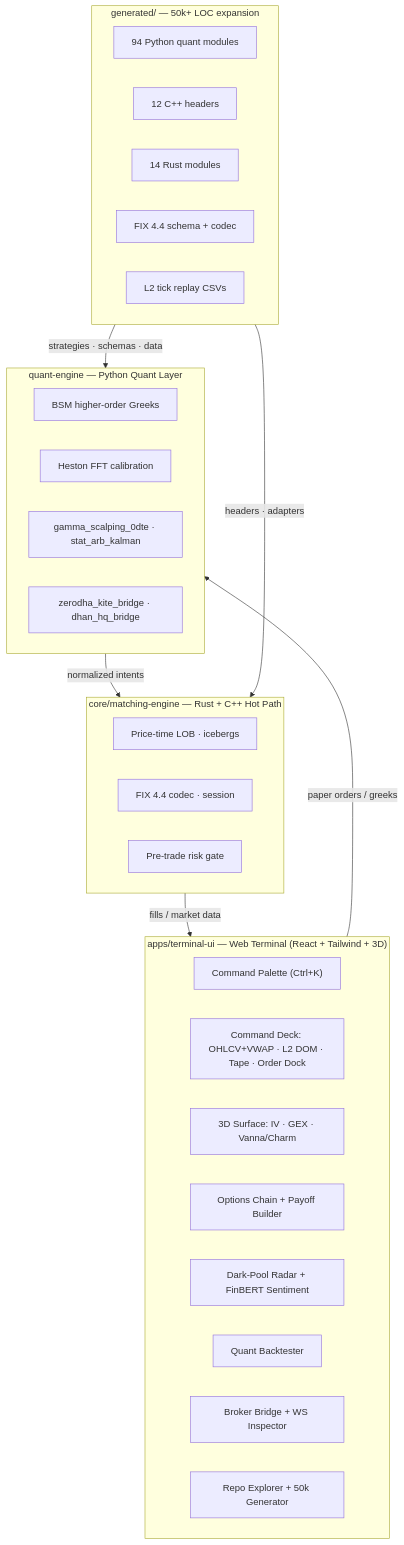
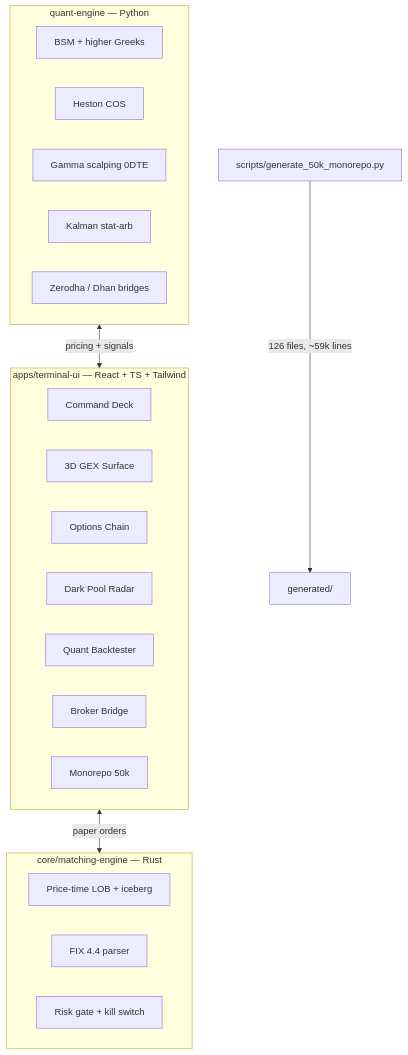
The diagram in README.md (Thegreatprabh/Open-Aladdin), drawn with Mermaid before and after one commit. The commit also changed other lines of this file and 12 other files, not shown here.

````diff
--- a/README.md
+++ b/README.md
@@ -46,37 +352,27 @@
 ```mermaid
 flowchart TB
-    subgraph UI["apps/terminal-ui — Web Terminal (React + Tailwind + 3D)"]
-        PAL["Command Palette (Ctrl+K)"]
-        DECK["Command Deck: OHLCV+VWAP · L2 DOM · Tape · Order Dock"]
-        SURF["3D Surface: IV · GEX · Vanna/Charm"]
-        CHAIN["Options Chain + Payoff Builder"]
-        RADAR["Dark-Pool Radar + FinBERT Sentiment"]
-        BACK["Quant Backtester"]
-        BRK["Broker Bridge + WS Inspector"]
-        REPO["Repo Explorer + 50k Generator"]
+    subgraph UI["apps/terminal-ui — React + TS + Tailwind"]
+        deck[Command Deck]
+        gex3d[3D GEX Surface]
+        chain[Options Chain]
+        dark[Dark Pool Radar]
+        bt[Quant Backtester]
+        broker[Broker Bridge]
+        repo[Monorepo 50k]
     end
-    subgraph PY["quant-engine — Python Quant Layer"]
-        BSM["BSM higher-order Greeks"]
-        HEST["Heston FFT calibration"]
-        STRAT["gamma_scalping_0dte · stat_arb_kalman"]
-        BROK["zerodha_kite_bridge · dhan_hq_bridge"]
+    subgraph PY["quant-engine — Python"]
+        bsm[BSM + higher Greeks]
+        heston[Heston COS]
+        gamma[Gamma scalping 0DTE]
+        statarb[Kalman stat-arb]
+        bridges[Zerodha / Dhan bridges]
     end
-    subgraph CORE["core/matching-engine — Rust + C++ Hot Path"]
-        LOB["Price-time LOB · icebergs"]
-        FIX["FIX 4.4 codec · session"]
-        RISK["Pre-trade risk gate"]
+    subgraph RS["core/matching-engine — Rust"]
+        lob[Price-time LOB + iceberg]
+        fix[FIX 4.4 parser]
+        risk[Risk gate + kill switch]
     end
-    subgraph GEN["generated/ — 50k+ LOC expansion"]
-        GQ["94 Python quant modules"]
-        GC["12 C++ headers"]
-        GR["14 Rust modules"]
-        GF["FIX 4.4 schema + codec"]
-        GD["L2 tick replay CSVs"]
-    end
-
-    UI -->|paper orders / greeks| PY
-    PY -->|normalized intents| CORE
-    CORE -->|fills / market data| UI
-    GEN -->|strategies · schemas · data| PY
-    GEN -->|headers · adapters| CORE
+    gen[scripts/generate_50k_monorepo.py] -->|126 files, ~59k lines| expanded[generated/]
+    UI <-->|paper orders| RS
+    PY <-->|pricing + signals| UI
 ```
````
